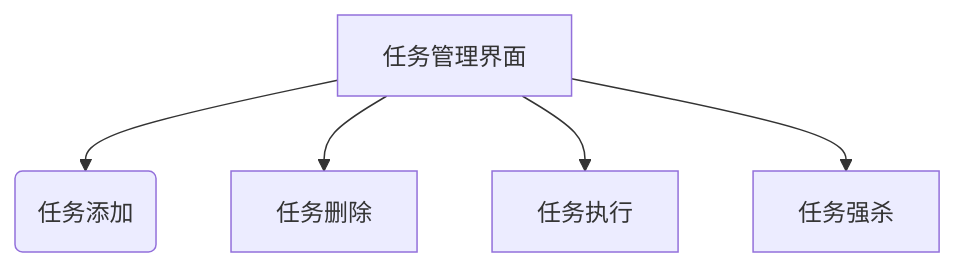
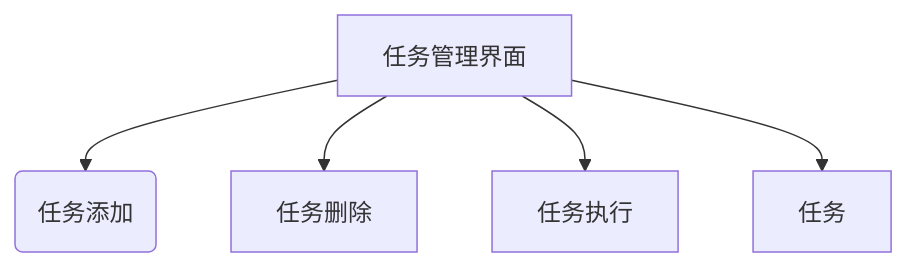
Before and after one commit to echo-music/go-crontab: the first of 2 diagrams in README.md, drawn with Mermaid. The commit also changed other lines of this file, not shown here.

````diff
--- a/README.md
+++ b/README.md
@@ -7,10 +7,9 @@
 ```mermaid
 graph TD
 A[任务管理界面] --> B(任务添加)
 A --> C[任务删除]
 A --> D[任务执行]	
-A --> E[任务强杀]
-   
+A --> E[任务]
   
-    
+  
 ```
````
